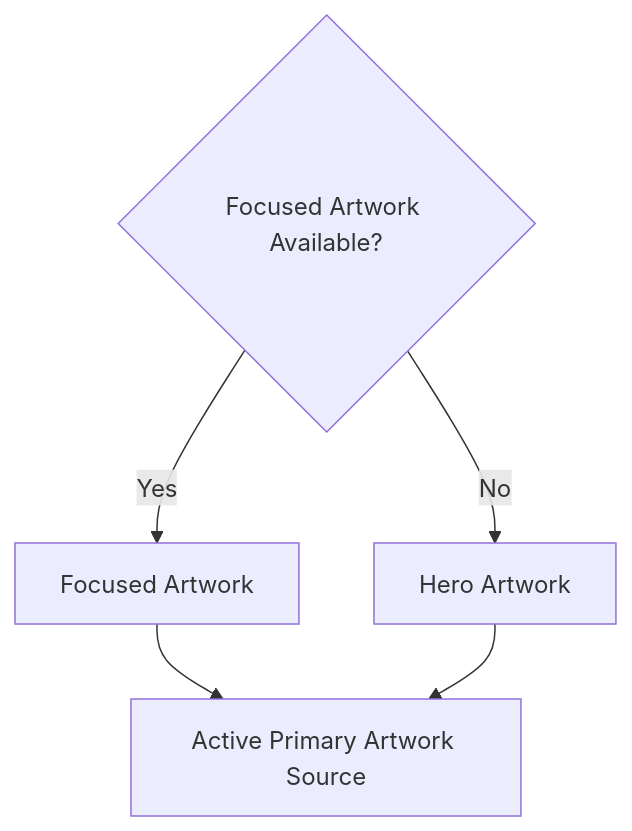
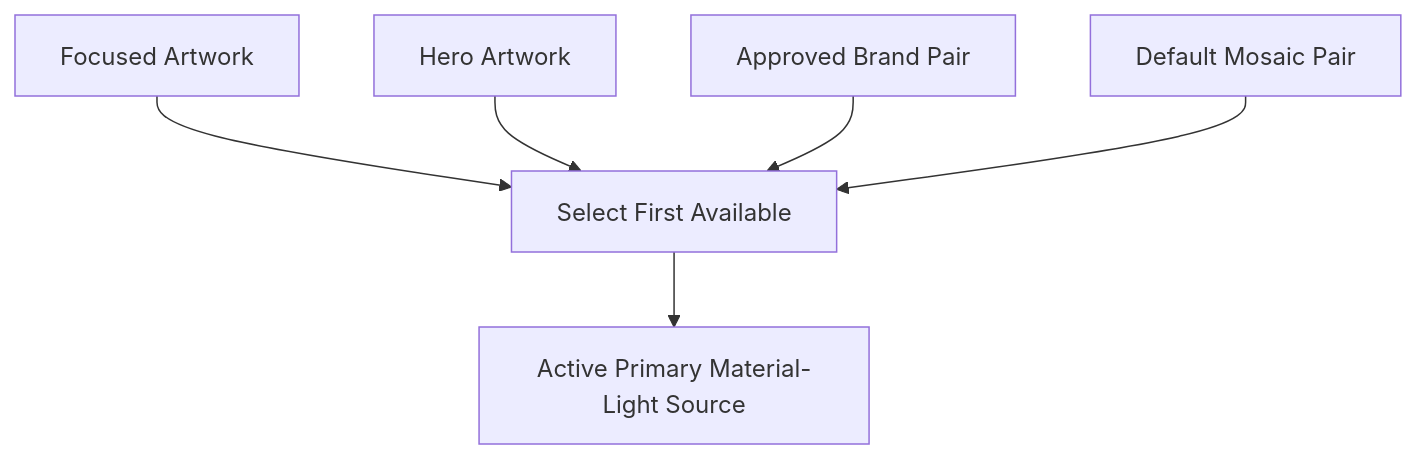
Before and after one commit to mosaic-media/architecture: the fifth of 11 diagrams in docs/design/system/mds-003-material-system/07-refraction.md, drawn with Mermaid. The commit also changed other lines of this file and 8 other files, not shown here.

Commit message:
docs(mds-003): define static material light fallback

````diff
--- a/docs/design/system/mds-003-material-system/07-refraction.md
+++ b/docs/design/system/mds-003-material-system/07-refraction.md
@@ -242,13 +249,16 @@
 ```mermaid
 flowchart TD
 
-N1{"Focused Artwork Available?"}
-N2["Focused Artwork"]
-N3["Hero Artwork"]
-N4["Active Primary Artwork Source"]
+N1["Focused Artwork"]
+N2["Hero Artwork"]
+N3["Approved Brand Pair"]
+N4["Default Mosaic Pair"]
+N5["Select First Available"]
+N6["Active Primary Material-Light Source"]
 
-N1 -->|"Yes"| N2
-N1 -->|"No"| N3
-N2 --> N4
-N3 --> N4
+N1 --> N5
+N2 --> N5
+N3 --> N5
+N4 --> N5
+N5 --> N6
 ```
````
